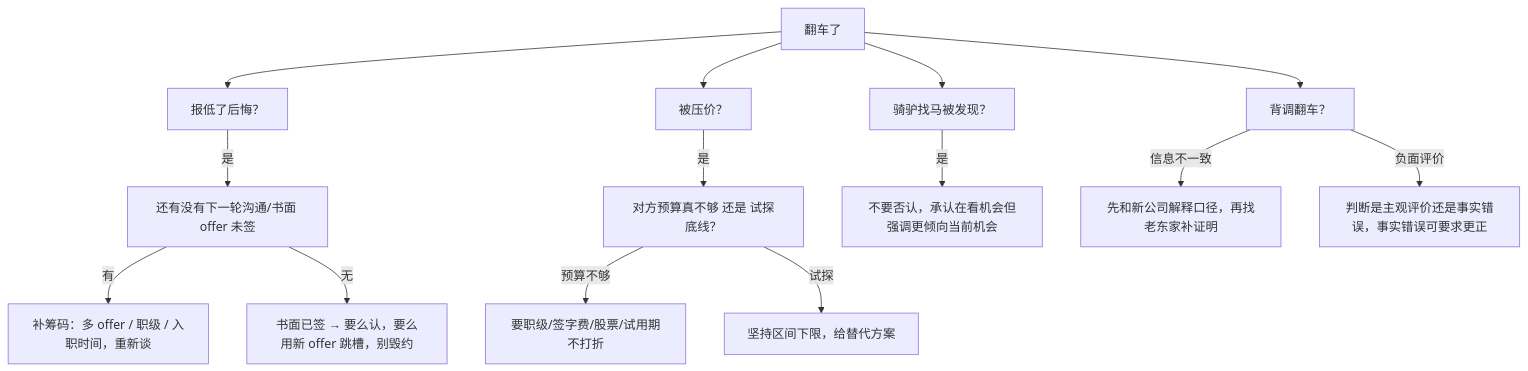
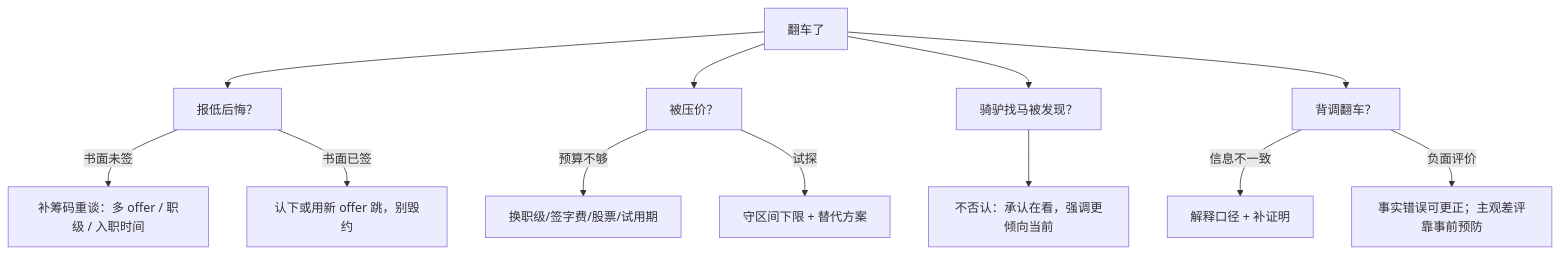
One commit to ml-cuizijun/LearnToLilith changed the second of 2 diagrams in 10-面试综合与系统设计/05-谈薪与红线/知识点.md. Above: the diagram before and after it, drawn with Mermaid. The commit also changed other lines of this file and 178 other files, not shown here.

````diff
--- a/10-面试综合与系统设计/05-谈薪与红线/知识点.md
+++ b/10-面试综合与系统设计/05-谈薪与红线/知识点.md
@@ -459,16 +296,14 @@
 ```mermaid
 flowchart TD
-    A["翻车了"] --> B["报低了后悔？"]
-    B -->|是| B1["还有没有下一轮沟通/书面 offer 未签"]
-    B1 -->|有| B2["补筹码：多 offer / 职级 / 入职时间，重新谈"]
-    B1 -->|无| B3["书面已签 → 要么认，要么用新 offer 跳槽，别毁约"]
+    A["翻车了"] --> B["报低后悔？"]
+    B -->|书面未签| B1["补筹码重谈：多 offer / 职级 / 入职时间"]
+    B -->|书面已签| B2["认下或用新 offer 跳，别毁约"]
     A --> C["被压价？"]
-    C -->|是| C1["对方预算真不够 还是 试探底线？"]
-    C1 -->|预算不够| C2["要职级/签字费/股票/试用期不打折"]
-    C1 -->|试探| C3["坚持区间下限，给替代方案"]
+    C -->|预算不够| C1["换职级/签字费/股票/试用期"]
+    C -->|试探| C2["守区间下限 + 替代方案"]
     A --> D["骑驴找马被发现？"]
-    D -->|是| D1["不要否认，承认在看机会但强调更倾向当前机会"]
+    D --> D1["不否认：承认在看，强调更倾向当前"]
     A --> E["背调翻车？"]
-    E -->|信息不一致| E1["先和新公司解释口径，再找老东家补证明"]
-    E -->|负面评价| E2["判断是主观评价还是事实错误，事实错误可要求更正"]
+    E -->|信息不一致| E1["解释口径 + 补证明"]
+    E -->|负面评价| E2["事实错误可更正；主观差评靠事前预防"]
 ```
````
